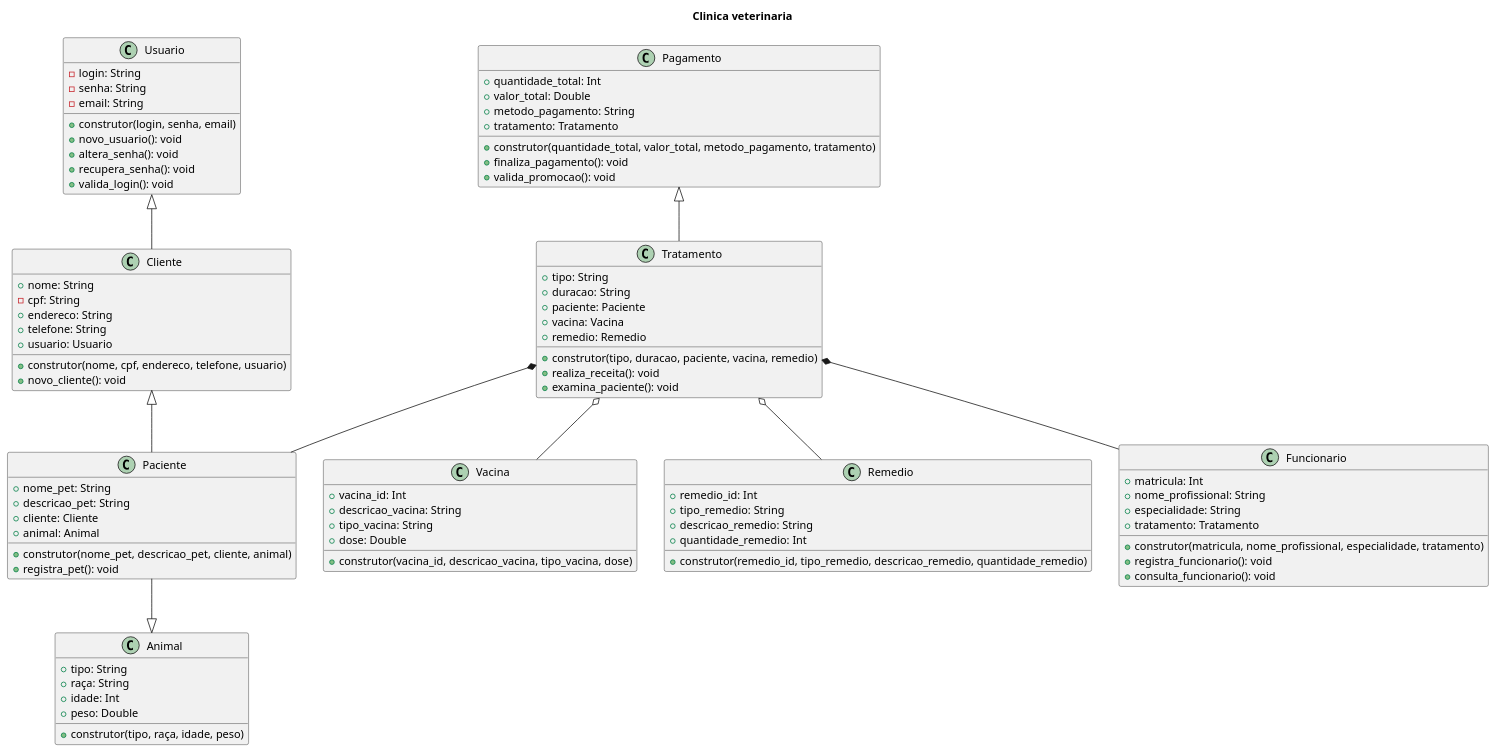
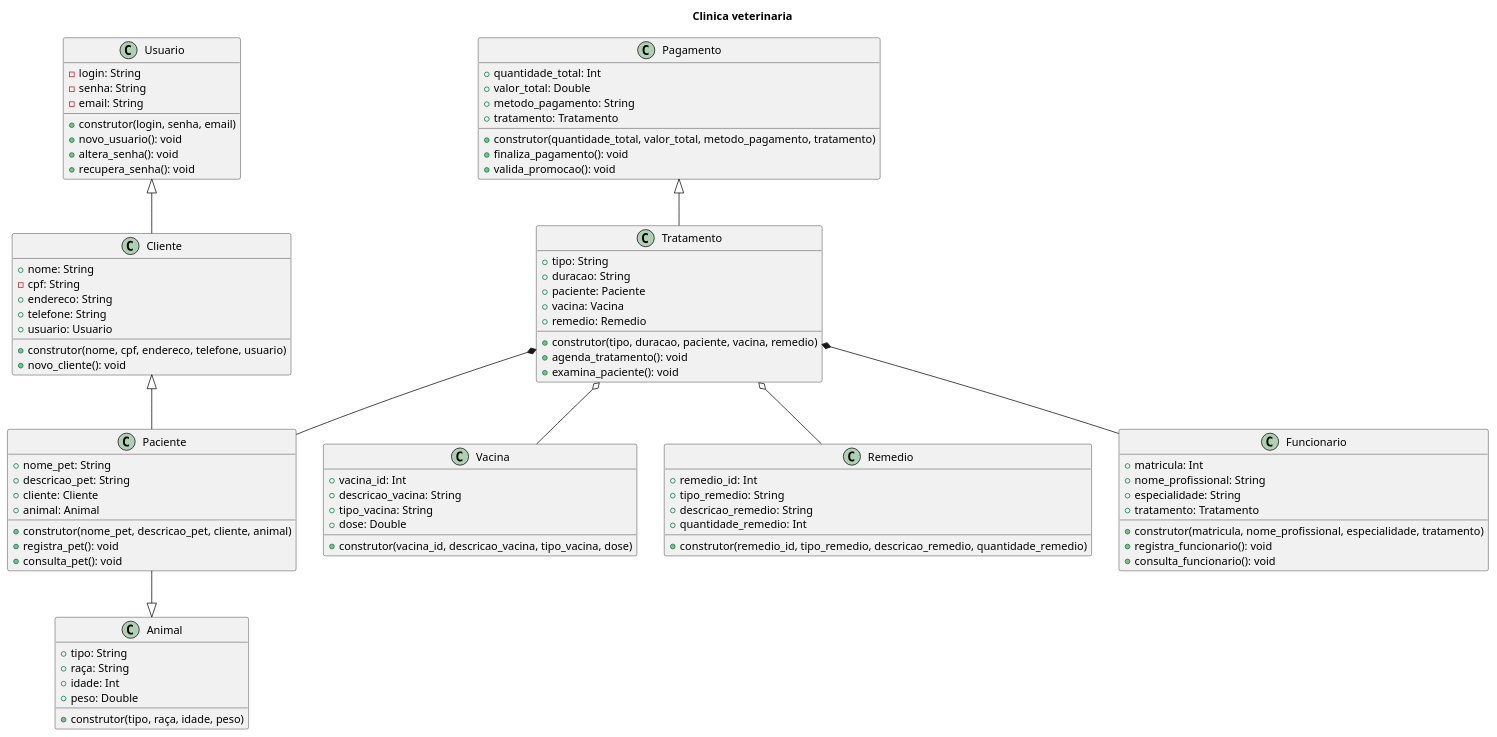
Before and after one commit to anleaes/2022-1-N2-POO-10: the diagram in veterinaria.plantuml, drawn with PlantUML. The commit also changed 11 other files, not shown here.

```diff
--- a/veterinaria.plantuml
+++ b/veterinaria.plantuml
@@ -1,101 +1,101 @@
 @startuml Diagrama de classes uml
 
 title Clinica veterinaria
 
 class Usuario {
     - login: String
     - senha: String
     - email: String
     + construtor(login, senha, email)
     + novo_usuario(): void
     + altera_senha(): void
     + recupera_senha(): void
-    + valida_login(): void
 }
 
 class Cliente {
     + nome: String
     - cpf: String
     + endereco: String
     + telefone: String
     + usuario: Usuario
     + construtor(nome, cpf, endereco, telefone, usuario)
     + novo_cliente(): void
 }
 
 class Animal {
     + tipo: String
     + raça: String
     + idade: Int
     + peso: Double
     + construtor(tipo, raça, idade, peso)
 }
 
 class Paciente {
     + nome_pet: String
     + descricao_pet: String
     + cliente: Cliente
     + animal: Animal
     + construtor(nome_pet, descricao_pet, cliente, animal)
     + registra_pet(): void
+    + consulta_pet(): void
 }
 
 class Vacina {
     + vacina_id: Int
     + descricao_vacina: String
     + tipo_vacina: String
     + dose: Double
     + construtor(vacina_id, descricao_vacina, tipo_vacina, dose)
 }
 
 class Remedio {
     + remedio_id: Int
     + tipo_remedio: String
     + descricao_remedio: String
     + quantidade_remedio: Int
     + construtor(remedio_id, tipo_remedio, descricao_remedio, quantidade_remedio)
 }
 
 class Tratamento {
     + tipo: String
     + duracao: String
     + paciente: Paciente
     + vacina: Vacina
     + remedio: Remedio
     + construtor(tipo, duracao, paciente, vacina, remedio)
-    + realiza_receita(): void
+    + agenda_tratamento(): void
     + examina_paciente(): void
 }
 
 class Funcionario {
     + matricula: Int
     + nome_profissional: String
     + especialidade: String
     + tratamento: Tratamento
     + construtor(matricula, nome_profissional, especialidade, tratamento)
     + registra_funcionario(): void
     + consulta_funcionario(): void
 }
 
 class Pagamento {
     + quantidade_total: Int
     + valor_total: Double
     + metodo_pagamento: String
     + tratamento: Tratamento
     + construtor(quantidade_total, valor_total, metodo_pagamento, tratamento)
     + finaliza_pagamento(): void
     + valida_promocao(): void
 }
 
 Usuario <|-- Cliente
 Cliente <|-- Paciente
 Paciente --|> Animal
 Tratamento *-- Paciente
 Tratamento *-- Funcionario
 Tratamento o-- Vacina
 Tratamento o-- Remedio
 Pagamento <|-- Tratamento
 
 
 
 @enduml
```
